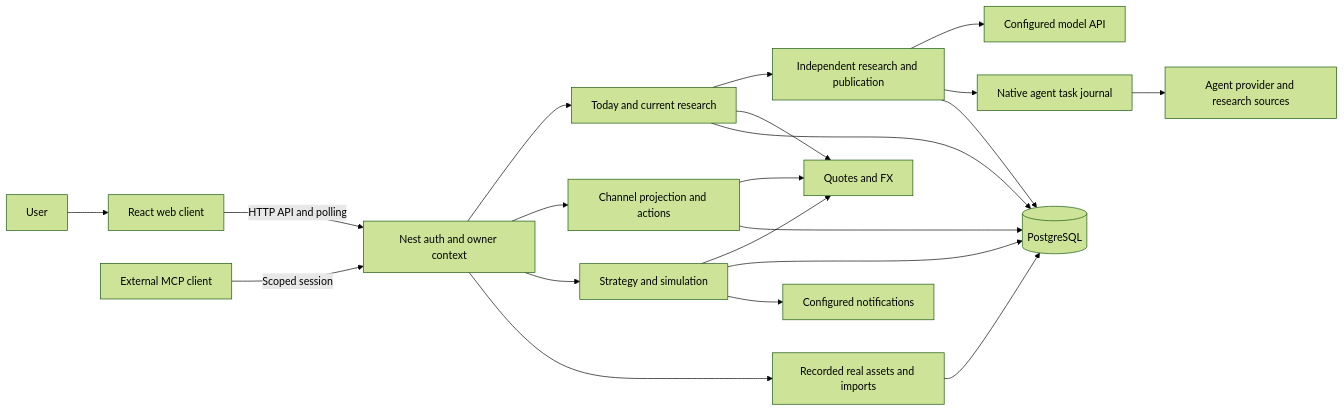
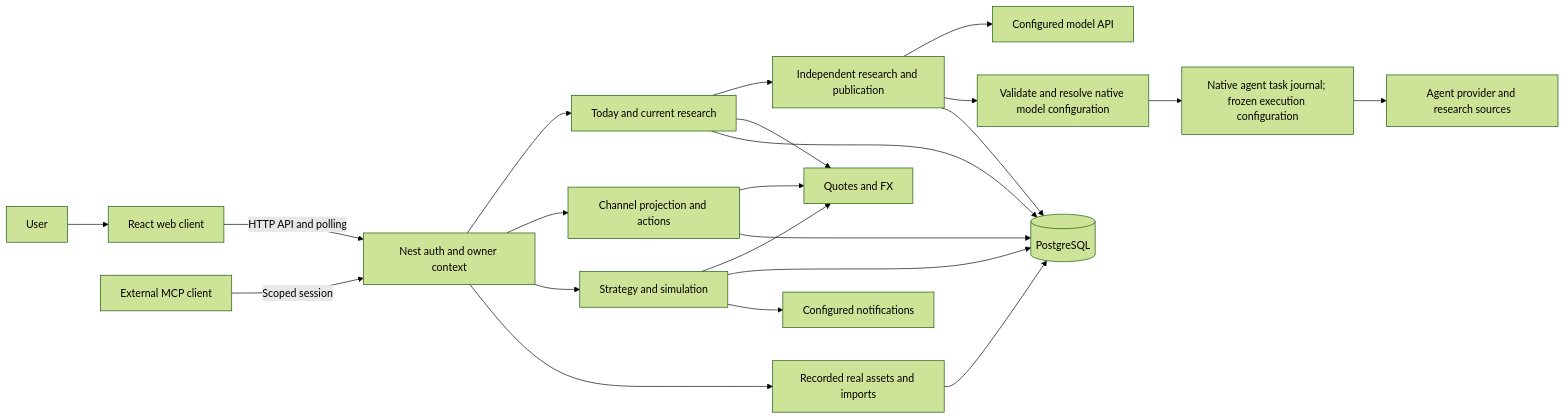
The first of 5 diagrams in docs/architecture.md (Lueyu/squabble), drawn with Mermaid (forest theme) before and after one commit. The commit also changed other lines of this file and 16 other files, not shown here.

````diff
--- a/docs/architecture.md
+++ b/docs/architecture.md
@@ -18,23 +20,24 @@
 ```mermaid
 flowchart LR
     user["User"] --> web["React web client"]
     web -->|"HTTP API and polling"| auth["Nest auth and owner context"]
     auth --> experience["Today and current research"]
     auth --> channel["Channel projection and actions"]
     auth --> strategy["Strategy and simulation"]
     auth --> ledger["Recorded real assets and imports"]
     experience --> council["Independent research and publication"]
     council --> models["Configured model API"]
-    council --> native["Native agent task journal"]
+    council --> nativeConfig["Validate and resolve native model configuration"]
+    nativeConfig --> native["Native agent task journal; frozen execution configuration"]
     native --> provider["Agent provider and research sources"]
     experience --> data["Quotes and FX"]
     strategy --> data
     channel --> data
     council --> db[("PostgreSQL")]
     experience --> db
     channel --> db
     strategy --> db
     ledger --> db
     strategy --> notify["Configured notifications"]
     mcp["External MCP client"] -->|"Scoped session"| auth
 ```
````
